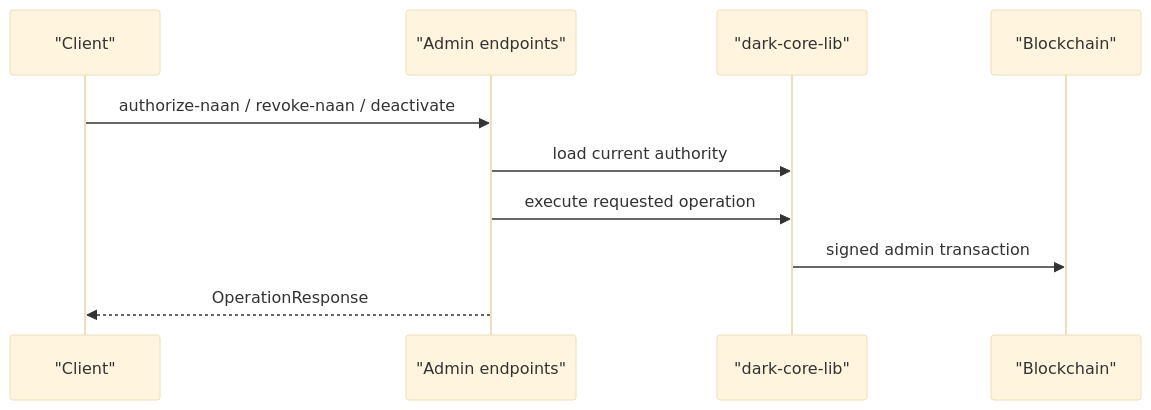
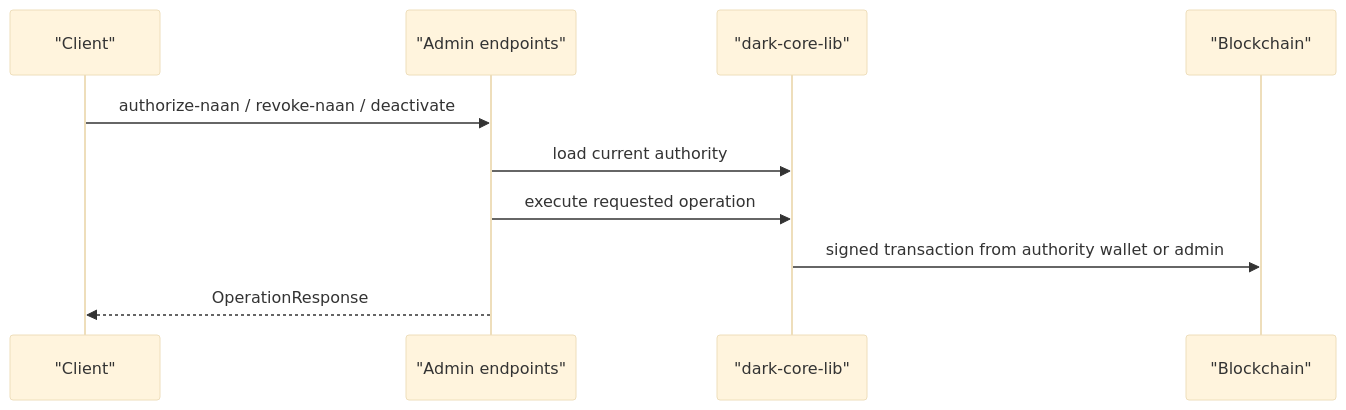
Before and after one commit to LA-Referencia-IOI/dark-core-admin-api: the third of 4 diagrams in README.md, drawn with Mermaid (base theme). The commit also changed other lines of this file and 4 other files, not shown here.

````diff
--- a/README.md
+++ b/README.md
@@ -85,13 +85,13 @@
 ```mermaid
 sequenceDiagram
     participant Client as "Client"
     participant API as "Admin endpoints"
     participant Core as "dark-core-lib"
     participant Chain as "Blockchain"
 
     Client->>API: authorize-naan / revoke-naan / deactivate
     API->>Core: load current authority
     API->>Core: execute requested operation
-    Core->>Chain: signed admin transaction
+    Core->>Chain: signed transaction from authority wallet or admin
     API-->>Client: OperationResponse
 ```
````
